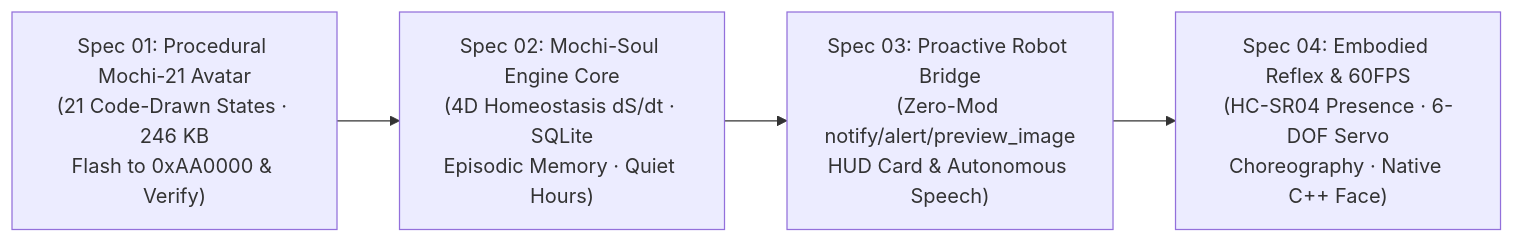
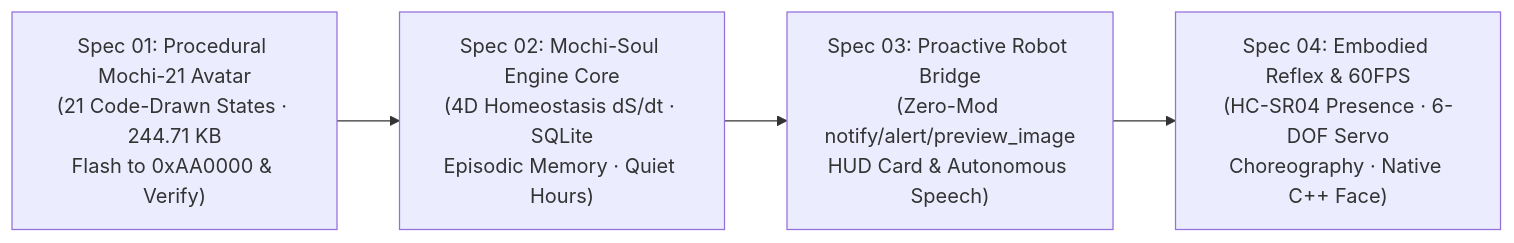
Before and after one commit to jangtrinh/design-os-robotics: the diagram in plans/wayfinder/mochi-soul-tamagotchi/map.md, drawn with Mermaid. The commit also changed 7 other files, not shown here.

First line of the commit message:
docs: align Mochi-Soul state fields and avatar pack size with code and benchmark JSON

````diff
--- a/plans/wayfinder/mochi-soul-tamagotchi/map.md
+++ b/plans/wayfinder/mochi-soul-tamagotchi/map.md
@@ -15,9 +15,9 @@
 ```mermaid
 flowchart LR
-    S1["Spec 01: Procedural Mochi-21 Avatar\n(21 Code-Drawn States · 246 KB\nFlash to 0xAA0000 & Verify)"]
+    S1["Spec 01: Procedural Mochi-21 Avatar\n(21 Code-Drawn States · 244.71 KB\nFlash to 0xAA0000 & Verify)"]
     S2["Spec 02: Mochi-Soul Engine Core\n(4D Homeostasis dS/dt · SQLite\nEpisodic Memory · Quiet Hours)"]
     S3["Spec 03: Proactive Robot Bridge\n(Zero-Mod notify/alert/preview_image\nHUD Card & Autonomous Speech)"]
     S4["Spec 04: Embodied Reflex & 60FPS\n(HC-SR04 Presence · 6-DOF Servo\nChoreography · Native C++ Face)"]
 
     S1 --> S2 --> S3 --> S4
 ```
````
